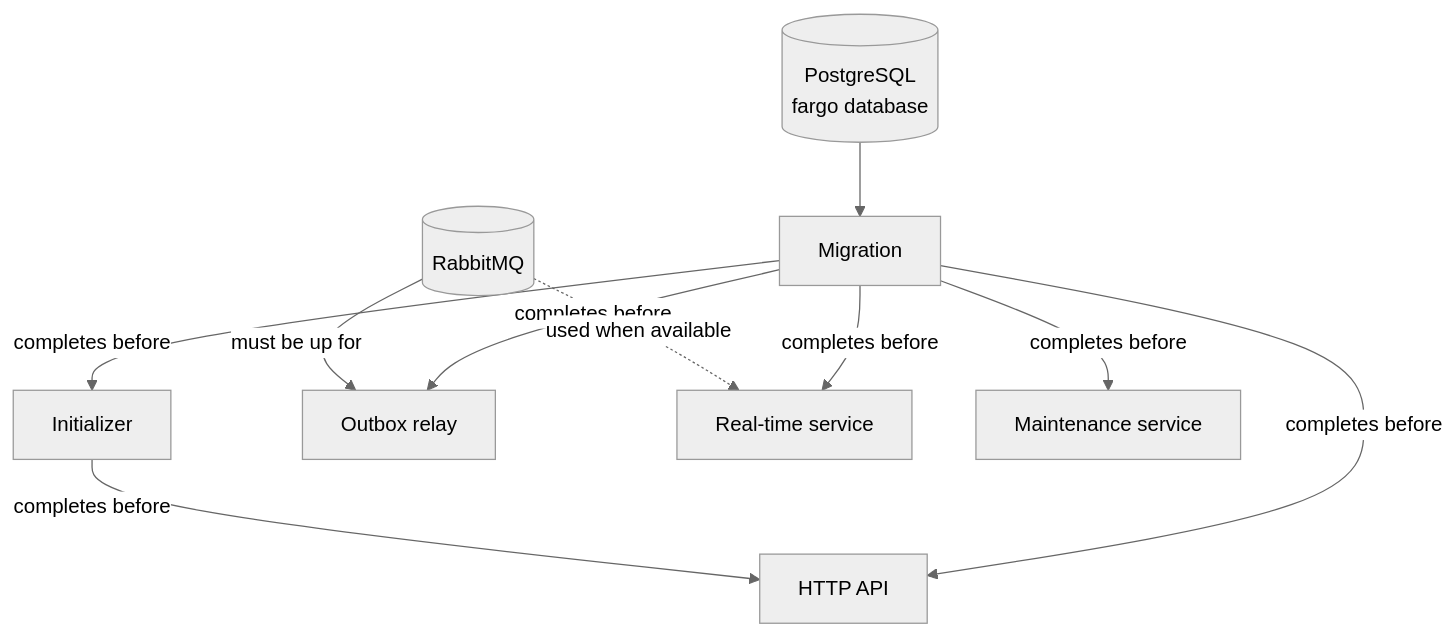
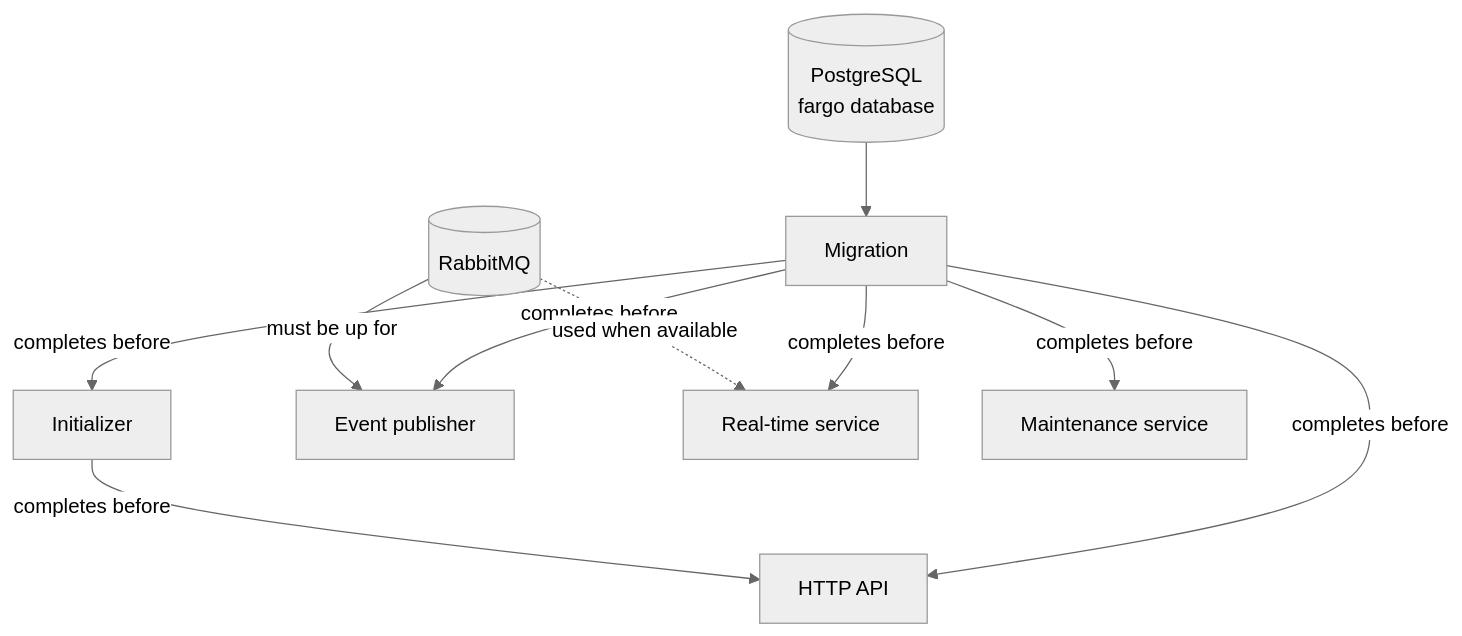
Before and after one commit to silvestrinigor/Fargo: the second of 2 diagrams in docs/server/architecture.md, drawn with Mermaid (neutral theme). The commit also changed other lines of this file and 28 other files, not shown here.

Commit message:
backgroud moved from project and project rename service event publisher

````diff
--- a/docs/server/architecture.md
+++ b/docs/server/architecture.md
@@ -123,22 +123,22 @@
 ```mermaid
 flowchart TD
     PostgreSQL[("PostgreSQL<br/>fargo database")]
     RabbitMQ[("RabbitMQ")]
 
     Migration["Migration"]
     Initializer["Initializer"]
     HTTP["HTTP API"]
-    Outbox["Outbox relay"]
+    Publisher["Event publisher"]
     Realtime["Real-time service"]
     Maintenance["Maintenance service"]
 
     PostgreSQL --> Migration
     Migration -->|completes before| Initializer
     Migration -->|completes before| HTTP
     Initializer -->|completes before| HTTP
-    Migration -->|completes before| Outbox
+    Migration -->|completes before| Publisher
     Migration -->|completes before| Realtime
     Migration -->|completes before| Maintenance
-    RabbitMQ -->|must be up for| Outbox
+    RabbitMQ -->|must be up for| Publisher
     RabbitMQ -.->|used when available| Realtime
 ```
````
